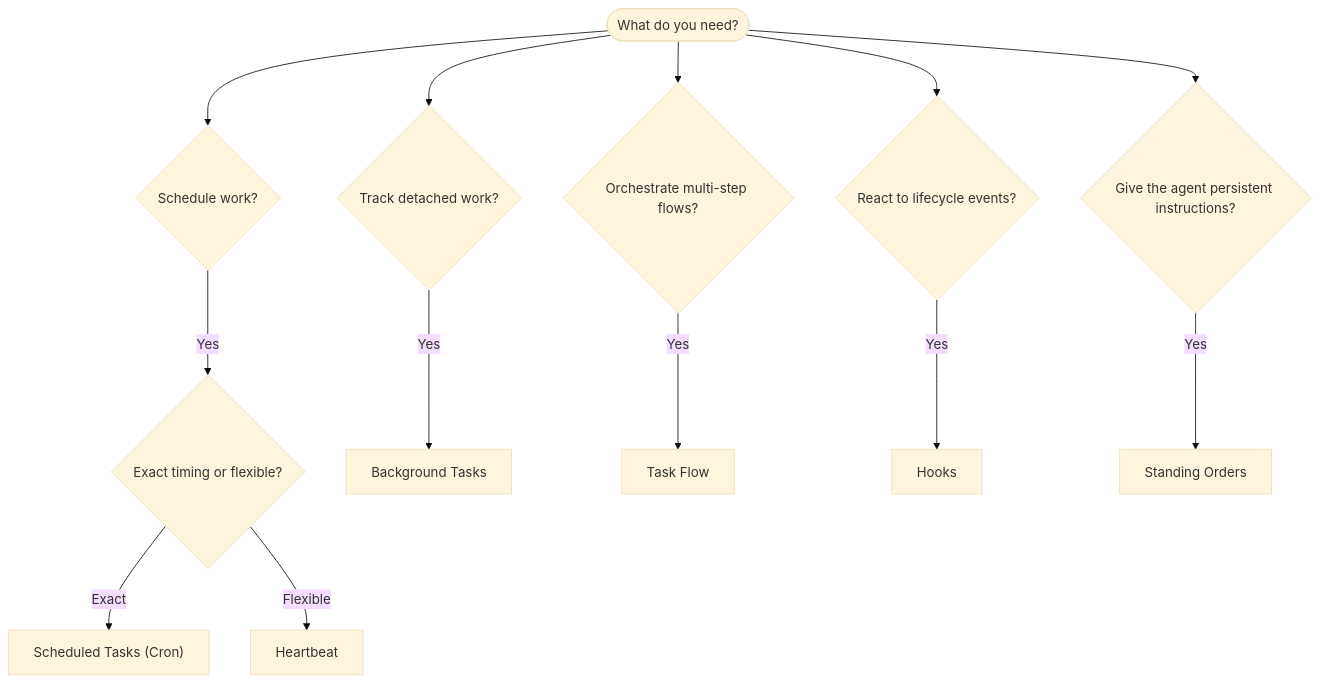
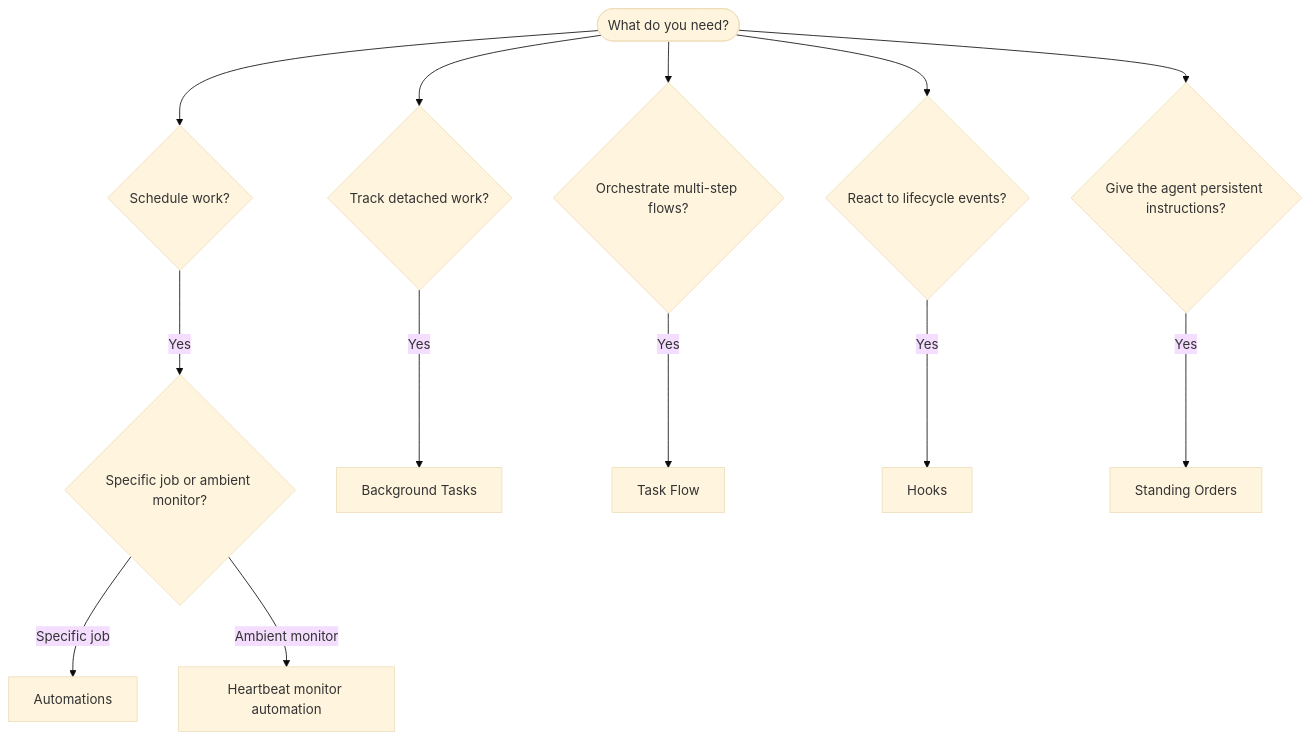
One commit to openclaw-easy/openclaw-easy-desktop changed the diagram in openclaw/docs/automation/index.md. Above: the diagram before and after it, drawn with Mermaid (base theme). The commit also changed other lines of this file and 28995 other files, not shown here.

````diff
--- a/openclaw/docs/automation/index.md
+++ b/openclaw/docs/automation/index.md
@@ -16,17 +16,17 @@
 ```mermaid
 flowchart TD
     START([What do you need?]) --> Q1{Schedule work?}
     START --> Q2{Track detached work?}
     START --> Q3{Orchestrate multi-step flows?}
     START --> Q4{React to lifecycle events?}
     START --> Q5{Give the agent persistent instructions?}
 
-    Q1 -->|Yes| Q1a{Exact timing or flexible?}
-    Q1a -->|Exact| CRON["Scheduled Tasks (Cron)"]
-    Q1a -->|Flexible| HEARTBEAT[Heartbeat]
+    Q1 -->|Yes| Q1a{Specific job or ambient monitor?}
+    Q1a -->|Specific job| CRON["Automations"]
+    Q1a -->|Ambient monitor| HEARTBEAT["Heartbeat monitor automation"]
 
     Q2 -->|Yes| TASKS[Background Tasks]
     Q3 -->|Yes| FLOW[Task Flow]
     Q4 -->|Yes| HOOKS[Hooks]
     Q5 -->|Yes| SO[Standing Orders]
 ```
````
